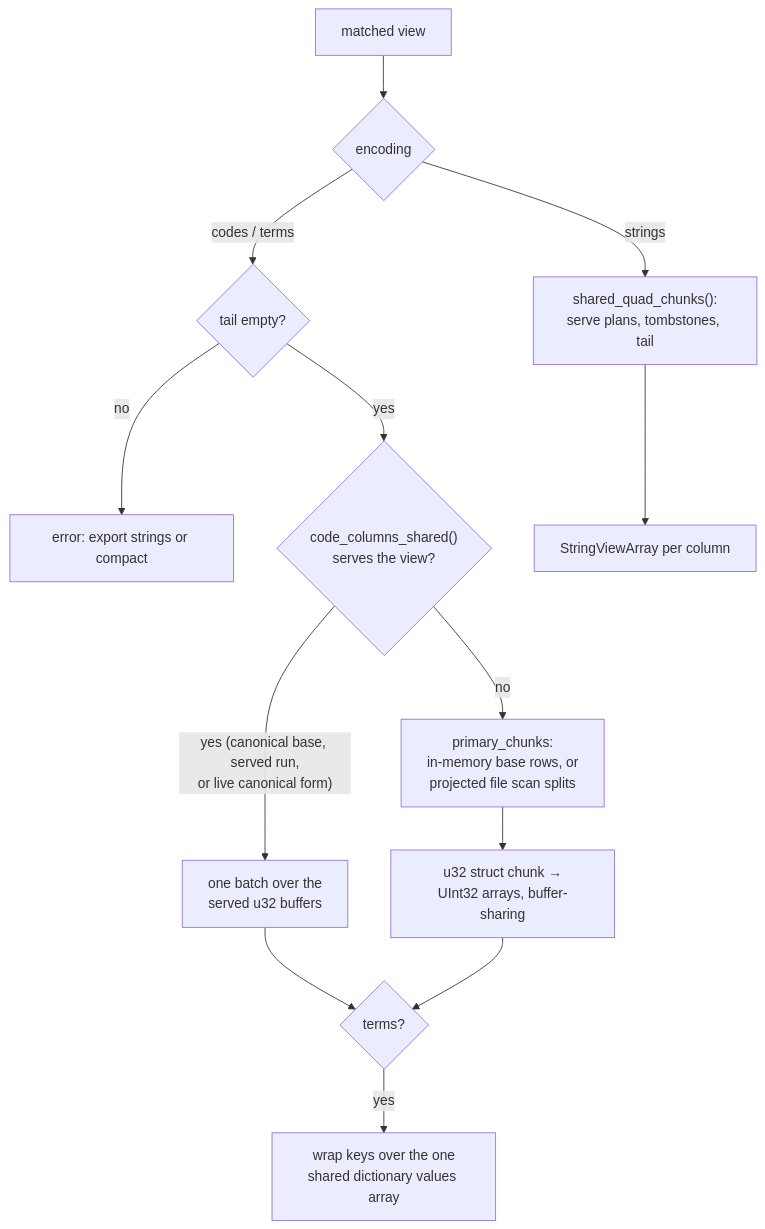
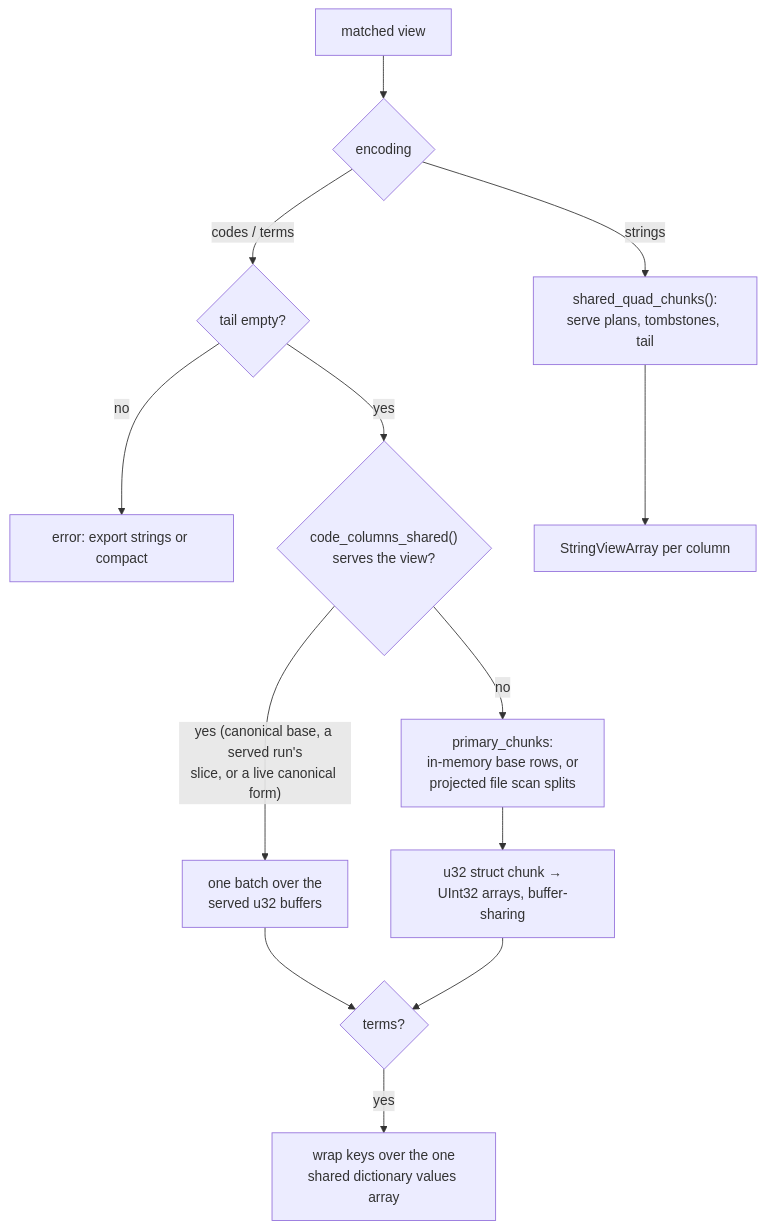
The diagram in docs/arrow.md (vortex-rdf/vortex-rdf), drawn with Mermaid before and after one commit. The commit also changed other lines of this file and 19 other files, not shown here.

````diff
--- a/docs/arrow.md
+++ b/docs/arrow.md
@@ -126,15 +126,15 @@
 ```mermaid
 flowchart TD
     V["matched view"] --> E{"encoding"}
     E -- "codes / terms" --> G{"tail empty?"}
     G -- "no" --> X["error: export strings or compact"]
     G -- "yes" --> C{"code_columns_shared()<br/>serves the view?"}
-    C -- "yes (canonical base, served run,<br/>or live canonical form)" --> B1["one batch over the<br/>served u32 buffers"]
+    C -- "yes (canonical base, a served run's<br/>slice, or a live canonical form)" --> B1["one batch over the<br/>served u32 buffers"]
     C -- "no" --> P["primary_chunks:<br/>in-memory base rows, or<br/>projected file scan splits"]
     P --> B2["u32 struct chunk →<br/>UInt32 arrays, buffer-sharing"]
     B1 --> T{"terms?"}
     B2 --> T
     T -- "yes" --> D["wrap keys over the one<br/>shared dictionary values array"]
     E -- "strings" --> S["shared_quad_chunks():<br/>serve plans, tombstones, tail"]
     S --> B3["StringViewArray per column"]
 ```
````
